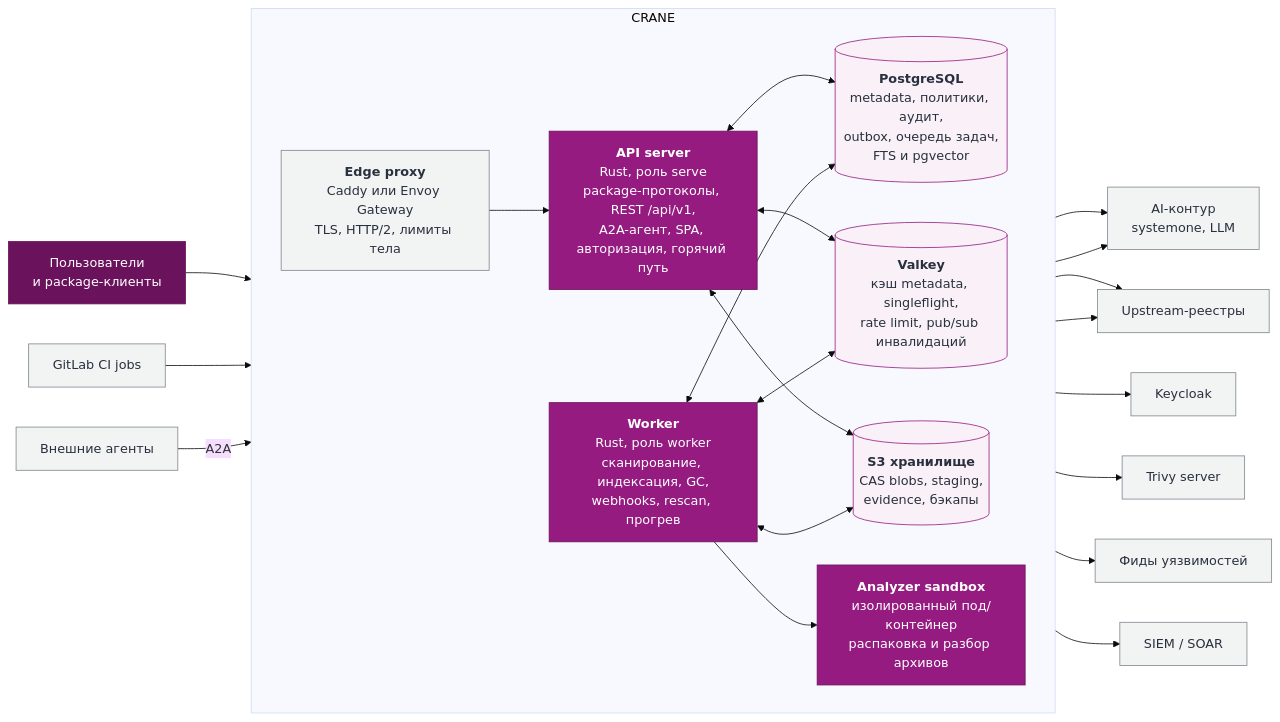
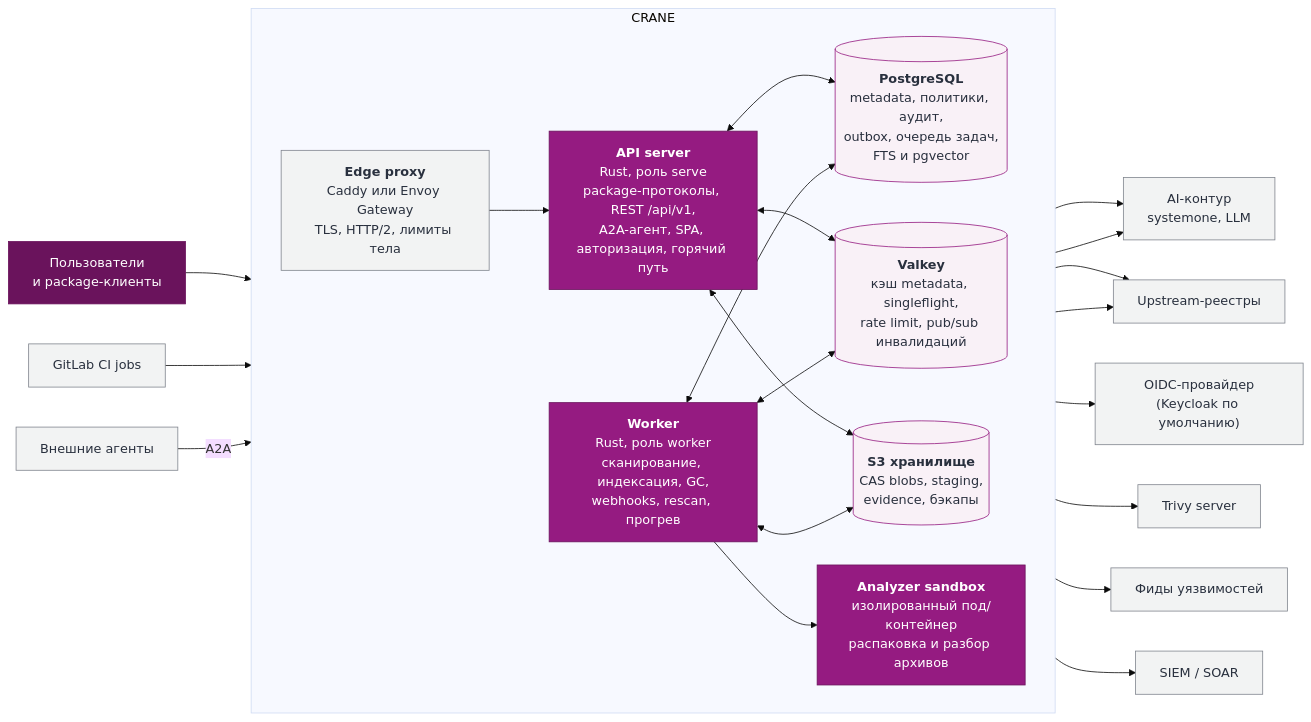
The diagram in docs/product/06-c4-l2-containers.md (izevg/CRANE), drawn with Mermaid (base theme) before and after one commit. The commit also changed 19 other files, not shown here.

````diff
--- a/docs/product/06-c4-l2-containers.md
+++ b/docs/product/06-c4-l2-containers.md
@@ -5,45 +5,45 @@
 ```mermaid
 flowchart LR
   classDef person fill:#6a135c,stroke:#6a135c,color:#fff
   classDef app fill:#951b81,stroke:#6a135c,color:#fff
   classDef store fill:#f9f1f7,stroke:#951b81,color:#29303e
   classDef ext fill:#f2f3f3,stroke:#80858e,color:#29303e
   users["Пользователи<br>и package-клиенты"]:::person
   ci["GitLab CI jobs"]:::ext
   subgraph SR["CRANE"]
     direction LR
     gw["<b>Edge proxy</b><br>Caddy или Envoy Gateway<br>TLS, HTTP/2, лимиты тела"]:::ext
     api["<b>API server</b><br>Rust, роль serve<br>package-протоколы, REST /api/v1,<br>A2A-агент, SPA, авторизация, горячий путь"]:::app
     wrk["<b>Worker</b><br>Rust, роль worker<br>сканирование, индексация, GC,<br>webhooks, rescan, прогрев"]:::app
     sbx["<b>Analyzer sandbox</b><br>изолированный под/контейнер<br>распаковка и разбор архивов"]:::app
     pg[("<b>PostgreSQL</b><br>metadata, политики, аудит,<br>outbox, очередь задач,<br>FTS и pgvector")]:::store
     vk[("<b>Valkey</b><br>кэш metadata, singleflight,<br>rate limit, pub/sub инвалидаций")]:::store
     s3[("<b>S3 хранилище</b><br>CAS blobs, staging,<br>evidence, бэкапы")]:::store
   end
   trivy["Trivy server"]:::ext
-  kc["Keycloak"]:::ext
+  kc["OIDC-провайдер<br>(Keycloak по умолчанию)"]:::ext
   ai["AI-контур<br>systemone, LLM"]:::ext
   feeds["Фиды уязвимостей"]:::ext
   siem["SIEM / SOAR"]:::ext
   agents["Внешние агенты"]:::ext
   up["Upstream-реестры"]:::ext
   users --> gw
   ci --> gw
   agents -->|"A2A"| gw
   api --> ai
   gw --> api
   api <--> pg
   api <--> vk
   api <--> s3
   api --> up
   api --> kc
   wrk <--> pg
   wrk <--> vk
   wrk <--> s3
   wrk --> sbx
   sbx --> trivy
   wrk --> ai
   wrk --> feeds
   wrk --> siem
   wrk --> up
 ```
````
